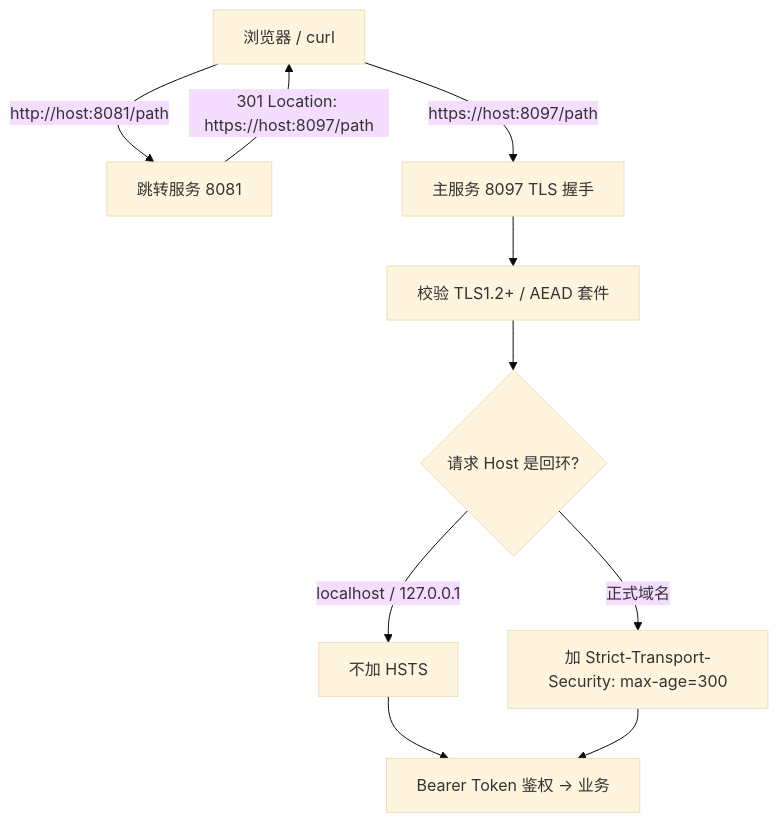
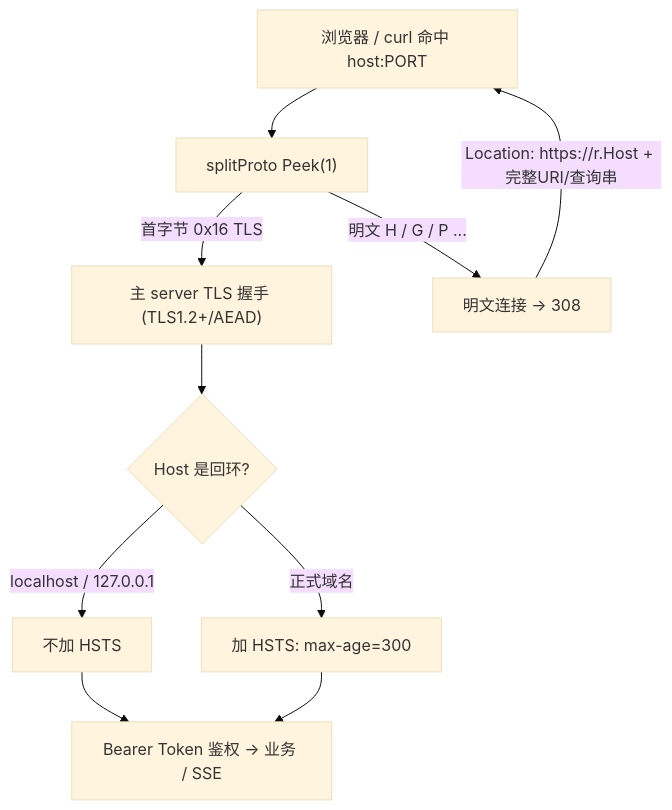
Before and after one commit to skyelan1999/aide: the diagram in docs/security/tls.md, drawn with Mermaid (base theme). The commit also changed other lines of this file and 155 other files, not shown here.

````diff
--- a/docs/security/tls.md
+++ b/docs/security/tls.md
@@ -51,12 +71,12 @@
 ```mermaid
 flowchart TD
-    A["浏览器 / curl"] -->|http://host:8081/path| B["跳转服务 8081"]
-    B -->|301 Location: https://host:8097/path| A
-    A -->|https://host:8097/path| C["主服务 8097 TLS 握手"]
-    C --> D["校验 TLS1.2+ / AEAD 套件"]
-    D --> E{"请求 Host 是回环?"}
+    A["浏览器 / curl 命中 host:PORT"] --> B["splitProto Peek(1)"]
+    B -->|首字节 0x16 TLS| C["主 server TLS 握手 (TLS1.2+/AEAD)"]
+    B -->|明文 H / G / P ...| D["明文连接 → 308"]
+    D -->|Location: https://r.Host + 完整URI/查询串| A
+    C --> E{"Host 是回环?"}
     E -- "localhost / 127.0.0.1" --> F["不加 HSTS"]
-    E -- "正式域名" --> G["加 Strict-Transport-Security: max-age=300"]
-    F --> H["Bearer Token 鉴权 → 业务"]
+    E -- "正式域名" --> G["加 HSTS: max-age=300"]
+    F --> H["Bearer Token 鉴权 → 业务 / SSE"]
     G --> H
 ```
````
